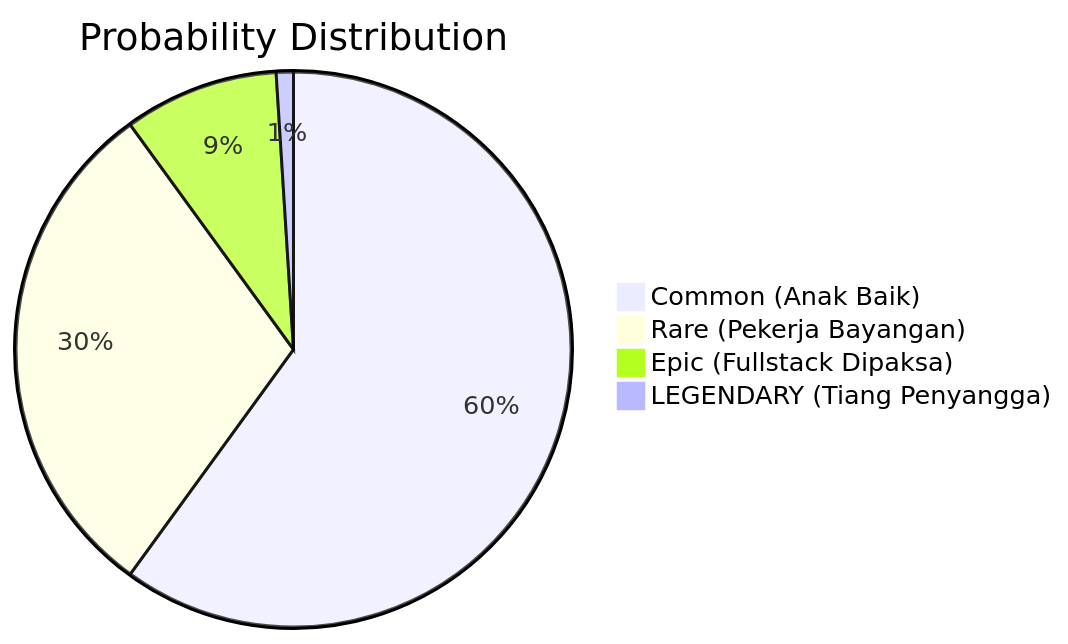
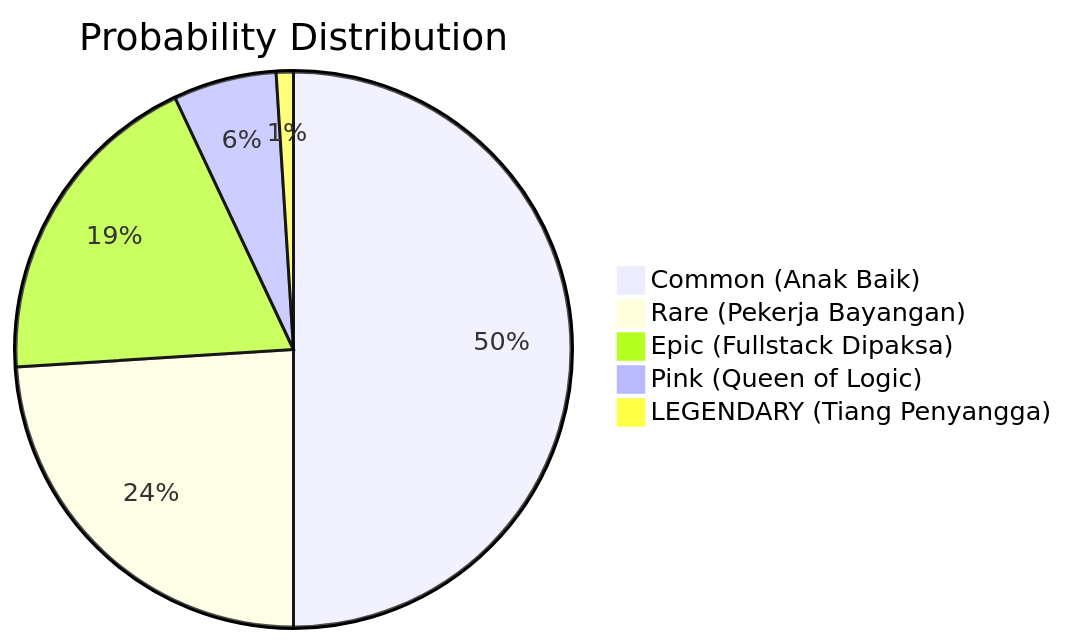
Before and after one commit to Marvx-US/AsahMemory: the first of 4 diagrams in README.md, drawn with Mermaid. The commit also changed other lines of this file, not shown here.

````diff
--- a/README.md
+++ b/README.md
@@ -28,7 +28,8 @@
 ```mermaid
 pie title Probability Distribution
-    "Common (Anak Baik)" : 60
-    "Rare (Pekerja Bayangan)" : 30
-    "Epic (Fullstack Dipaksa)" : 9
+    "Common (Anak Baik)" : 50
+    "Rare (Pekerja Bayangan)" : 24
+    "Epic (Fullstack Dipaksa)" : 19
+    "Pink (Queen of Logic)" : 6
     "LEGENDARY (Tiang Penyangga)" : 1
 ```
````
